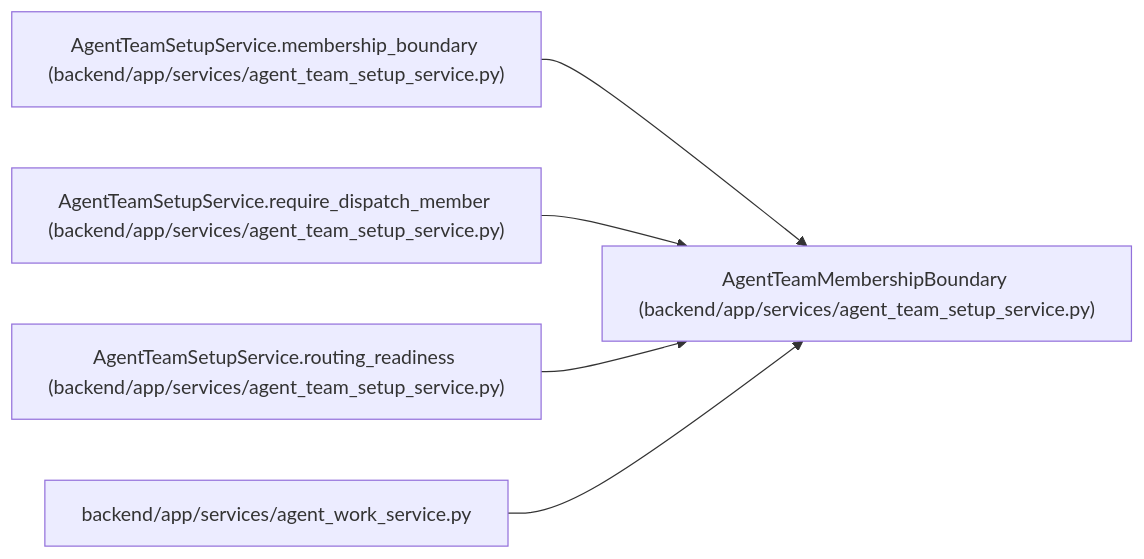
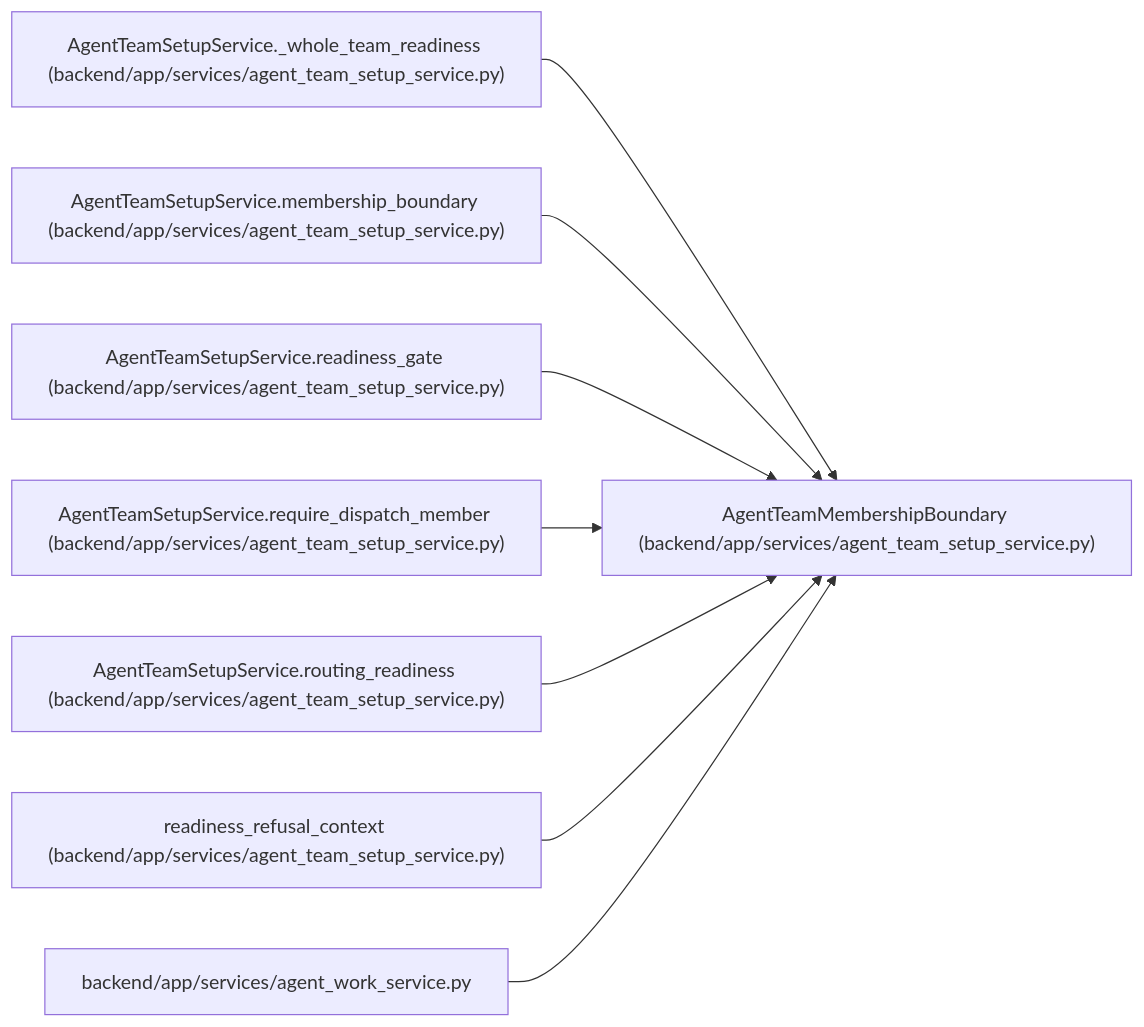
Before and after one commit to Denissvgn/WorkChord: the diagram in docs/llm_wiki/entities/AgentTeamMembershipBoundary.md, drawn with Mermaid. The commit also changed other lines of this file and 623 other files, not shown here.

Commit message:
Sync the architectural wiki for judging a verifier by its own presence

````diff
--- a/docs/llm_wiki/entities/AgentTeamMembershipBoundary.md
+++ b/docs/llm_wiki/entities/AgentTeamMembershipBoundary.md
@@ -32,17 +36,26 @@
 ```mermaid
 flowchart LR
     n0["AgentTeamMembershipBoundary (backend/app/services/agent_team_setup_service.py)"]
-    n1["AgentTeamSetupService.membership_boundary (backend/app/services/agent_team_setup_service.py)"]
-    n2["AgentTeamSetupService.require_dispatch_member (backend/app/services/agent_team_setup_service.py)"]
-    n3["AgentTeamSetupService.routing_readiness (backend/app/services/agent_team_setup_service.py)"]
-    n4["backend/app/services/agent_work_service.py"]
+    n1["AgentTeamSetupService._whole_team_readiness (backend/app/services/agent_team_setup_service.py)"]
+    n2["AgentTeamSetupService.membership_boundary (backend/app/services/agent_team_setup_service.py)"]
+    n3["AgentTeamSetupService.readiness_gate (backend/app/services/agent_team_setup_service.py)"]
+    n4["AgentTeamSetupService.require_dispatch_member (backend/app/services/agent_team_setup_service.py)"]
+    n5["AgentTeamSetupService.routing_readiness (backend/app/services/agent_team_setup_service.py)"]
+    n6["readiness_refusal_context (backend/app/services/agent_team_setup_service.py)"]
+    n7["backend/app/services/agent_work_service.py"]
     n1 --> n0
     n2 --> n0
     n3 --> n0
     n4 --> n0
+    n5 --> n0
+    n6 --> n0
+    n7 --> n0
     click n0 "../modules/agent_team_setup_service.md"
     click n1 "../modules/agent_team_setup_service.md"
     click n2 "../modules/agent_team_setup_service.md"
     click n3 "../modules/agent_team_setup_service.md"
-    click n4 "../modules/agent_work_service.md"
+    click n4 "../modules/agent_team_setup_service.md"
+    click n5 "../modules/agent_team_setup_service.md"
+    click n6 "../modules/agent_team_setup_service.md"
+    click n7 "../modules/agent_work_service.md"
 ```
````
